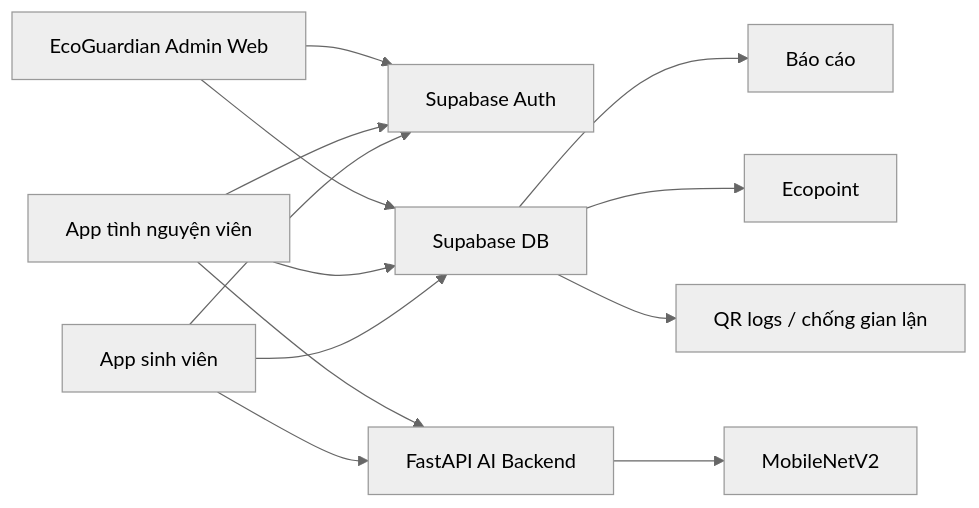
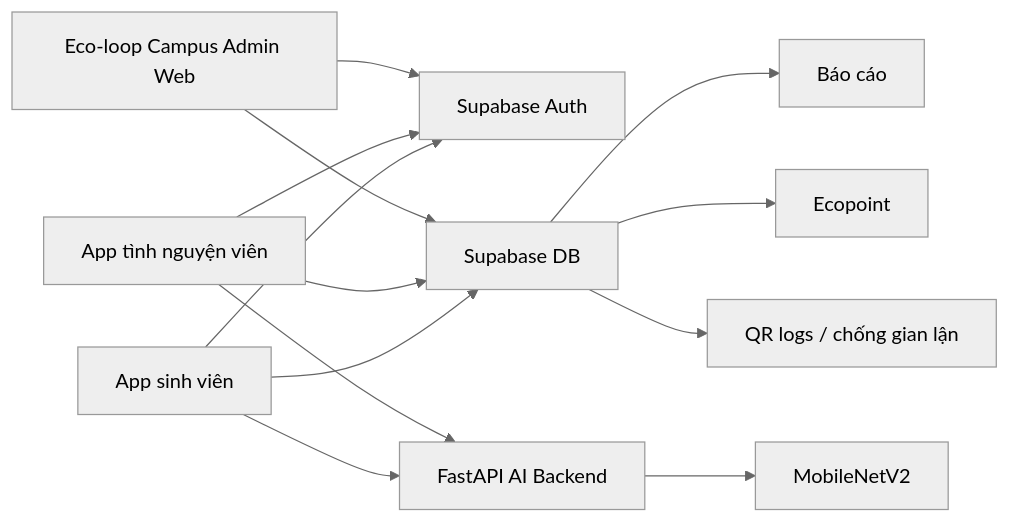
One commit to WangDaoo/Eco-loop-Campus changed the diagram in MOBILE_APP_HANDOFF.md. Above: the diagram before and after it, drawn with Mermaid (neutral theme). The commit also changed other lines of this file and 16 other files, not shown here.

Commit message:
Rename app branding to Eco-loop Campus

````diff
--- a/MOBILE_APP_HANDOFF.md
+++ b/MOBILE_APP_HANDOFF.md
@@ -198,15 +198,15 @@
 ```mermaid
 flowchart LR
   StudentApp[App sinh viên] --> SupabaseAuth[Supabase Auth]
   VolunteerApp[App tình nguyện viên] --> SupabaseAuth
-  AdminWeb[EcoGuardian Admin Web] --> SupabaseAuth
+  AdminWeb[Eco-loop Campus Admin Web] --> SupabaseAuth
   StudentApp --> SupabaseDB[Supabase DB]
   VolunteerApp --> SupabaseDB
   AdminWeb --> SupabaseDB
   StudentApp --> FastAPI[FastAPI AI Backend]
   VolunteerApp --> FastAPI
   FastAPI --> Model[MobileNetV2]
   SupabaseDB --> Reports[Báo cáo]
   SupabaseDB --> Points[Ecopoint]
   SupabaseDB --> Fraud[QR logs / chống gian lận]
 ```
````
